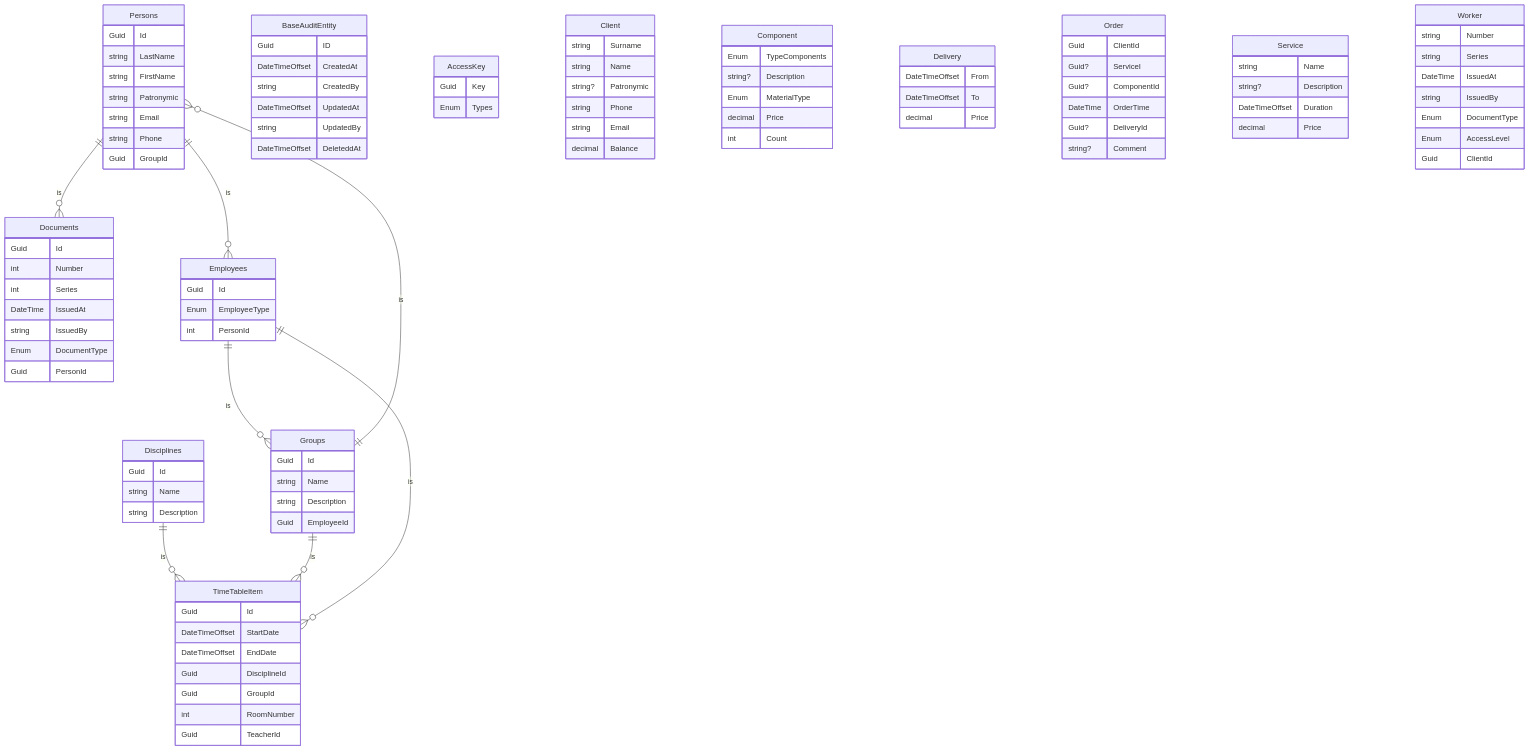
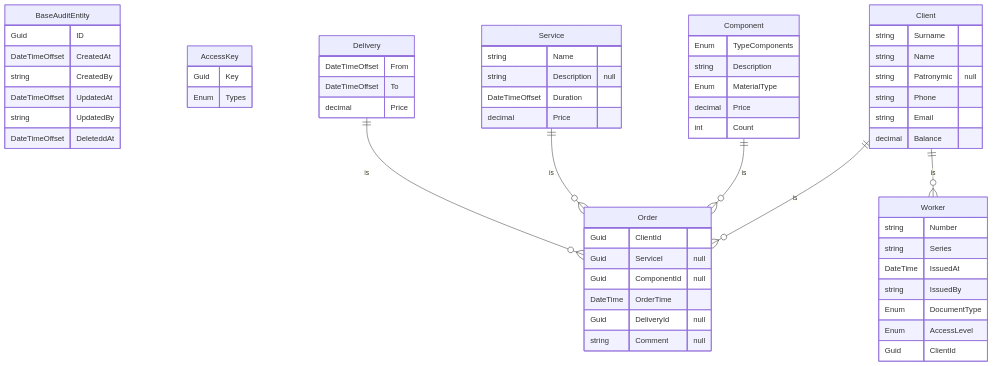
Before and after one commit to SlavaNik16/Accessories_PC_Nik_Api: the diagram in README.md, drawn with Mermaid. The commit also changed other lines of this file, not shown here.

````diff
--- a/README.md
+++ b/README.md
@@ -5,109 +5,58 @@
 ```mermaid
 erDiagram
 
-    Persons {
-        Guid Id
-        string LastName
-        string FirstName
-        string Patronymic
-        string Email
-        string Phone
-        Guid GroupId
-    }
-    
-    Documents {
-        Guid Id
-        int Number
-        int Series
-        DateTime IssuedAt
-        string IssuedBy
-        Enum DocumentType
-        Guid PersonId
-    }
-    
-    Disciplines {
-        Guid Id
-        string Name
-        string Description
-    }
-    
-    Employees {
-        Guid Id
-        Enum EmployeeType
-        int PersonId
-    }
-
-    Groups {
-        Guid Id
-        string Name
-        string Description
-        Guid EmployeeId
-    }
-
-     TimeTableItem {
-        Guid Id
-        DateTimeOffset StartDate
-        DateTimeOffset EndDate
-        Guid DisciplineId
-        Guid GroupId
-        int RoomNumber
-        Guid TeacherId
-    }
-    Persons ||--o{ Documents: is
-    Persons ||--o{ Employees: is
-    Groups ||--o{ Persons: is
-    Employees ||--o{ Groups: is
-    Disciplines ||--o{ TimeTableItem: is
-    Groups ||--o{ TimeTableItem: is
-    Employees ||--o{ TimeTableItem: is
-
-  BaseAuditEntity {
+    BaseAuditEntity {
         Guid ID
         DateTimeOffset CreatedAt
         string CreatedBy
         DateTimeOffset UpdatedAt
         string UpdatedBy
         DateTimeOffset DeleteddAt
-  }
-   AccessKey {
+    }
+
+    AccessKey {
         Guid Key
         Enum Types
-   }
+    }
+
     Client {
         string Surname
         string Name
-        string? Patronymic
+        string Patronymic "null"
         string Phone
         string Email
         decimal Balance
     }
+
     Component {
         Enum TypeComponents
-        string? Description
+        string Description
         Enum MaterialType
         decimal Price
         int Count
     }
-     Delivery  {
+
+     Delivery {
         DateTimeOffset From
         DateTimeOffset To
         decimal Price
     }
-    Order   {
+
+    Order {
         Guid ClientId
-        Guid? ServiceI
-        Guid? ComponentId
+        Guid ServiceI "null"
+        Guid ComponentId "null"
         DateTime OrderTime
-        Guid? DeliveryId
-        string? Comment
+        Guid DeliveryId "null"
+        string Comment "null"
     }
-    Service   {
+    Service {
         string Name
-        string? Description
+        string Description "null"
         DateTimeOffset Duration
         decimal Price
     }
-    Worker    {
+    Worker {
         string Number
         string Series
         DateTime IssuedAt
@@ -116,5 +65,9 @@
         Enum AccessLevel
         Guid ClientId
     }
-   
-```
+    Delivery ||--o{ Order: is
+    Service ||--o{ Order: is
+    Component ||--o{ Order: is
+    Client ||--o{ Order: is
+    Client ||--o{ Worker: is
+ ```
````
